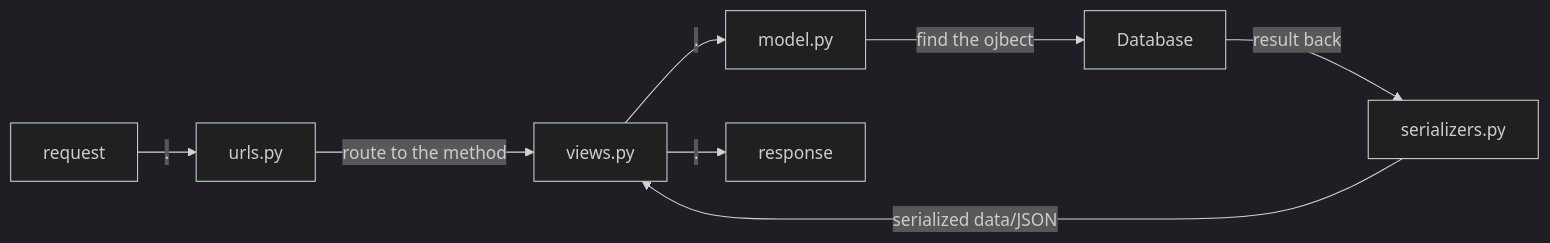
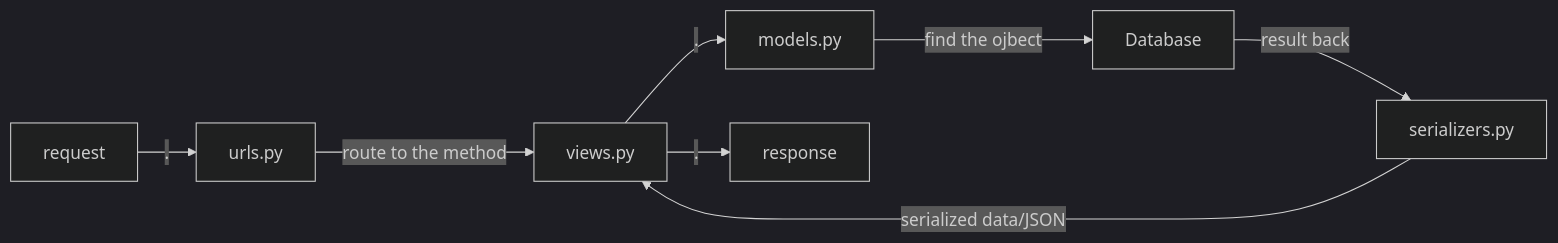
Before and after one commit to LooDaHu/ARORA_General_-Introduction: the second of 5 diagrams in Welcome file.md, drawn with Mermaid (dark theme). The commit also changed other lines of this file, not shown here.

````diff
--- a/Welcome file.md
+++ b/Welcome file.md
@@ -159,10 +159,10 @@
 ```mermaid
 graph LR
 request -- . --> urls.py
 urls.py -- route to the method --> views.py
-views.py -- . --> model.py
-model.py -- find the ojbect --> Database
+views.py -- . --> models.py
+models.py -- find the ojbect --> Database
 Database -- result back --> serializers.py
 serializers.py -- serialized data/JSON --> views.py
 views.py --. --> response
 ```
````
